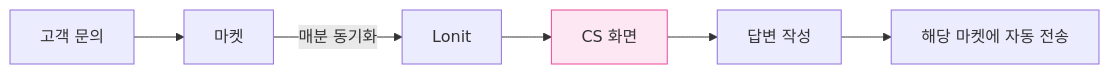
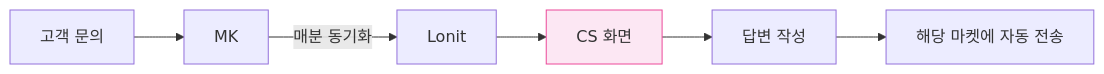
One commit to cksdud5785-design/lonit-manual changed the sixth of 8 diagrams in docs/06-orders-cs.md. Above: the diagram before and after it, drawn with Mermaid. The commit also changed other lines of this file and 17 other files, not shown here.

First line of the commit message:
fix: mermaid 한국어 ID → ASCII + 더망고 → T사 일괄 변경

````diff
--- a/docs/06-orders-cs.md
+++ b/docs/06-orders-cs.md
@@ -168,10 +168,10 @@
 ```mermaid
 flowchart LR
-    Customer[고객 문의] --> 마켓
-    마켓 -->|매분 동기화| Lonit
+    Customer[고객 문의] --> MK
+    MK -->|매분 동기화| Lonit
     Lonit --> View[CS 화면]
     View --> Reply[답변 작성]
     Reply --> Send[해당 마켓에 자동 전송]
     
     style View fill:#fce7f3,stroke:#ec4899
 ```
````
